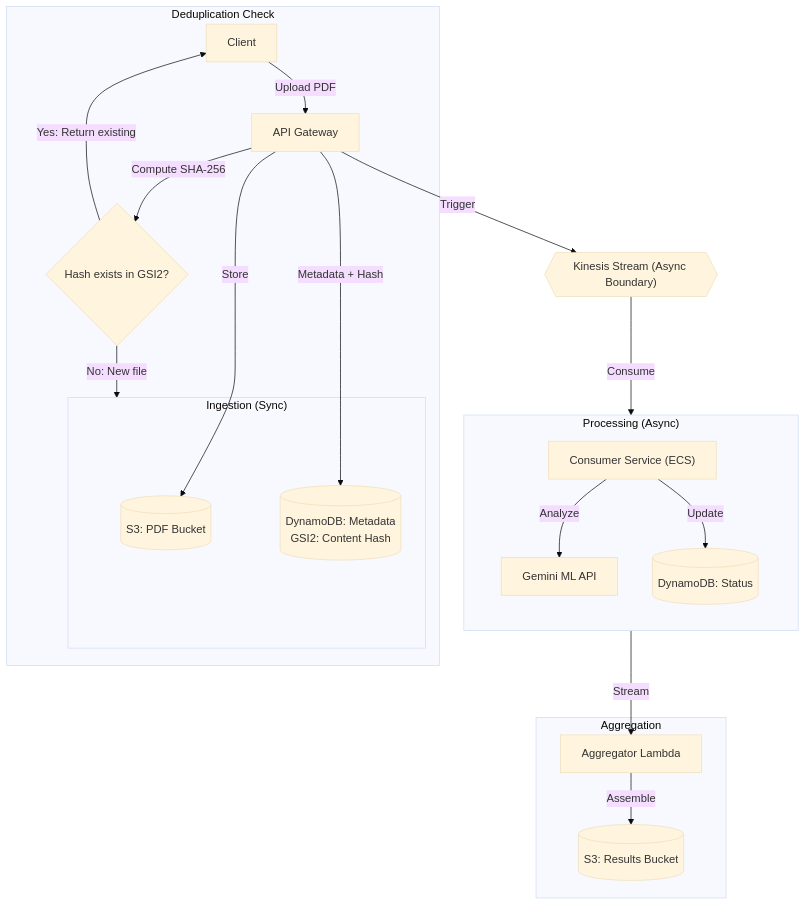
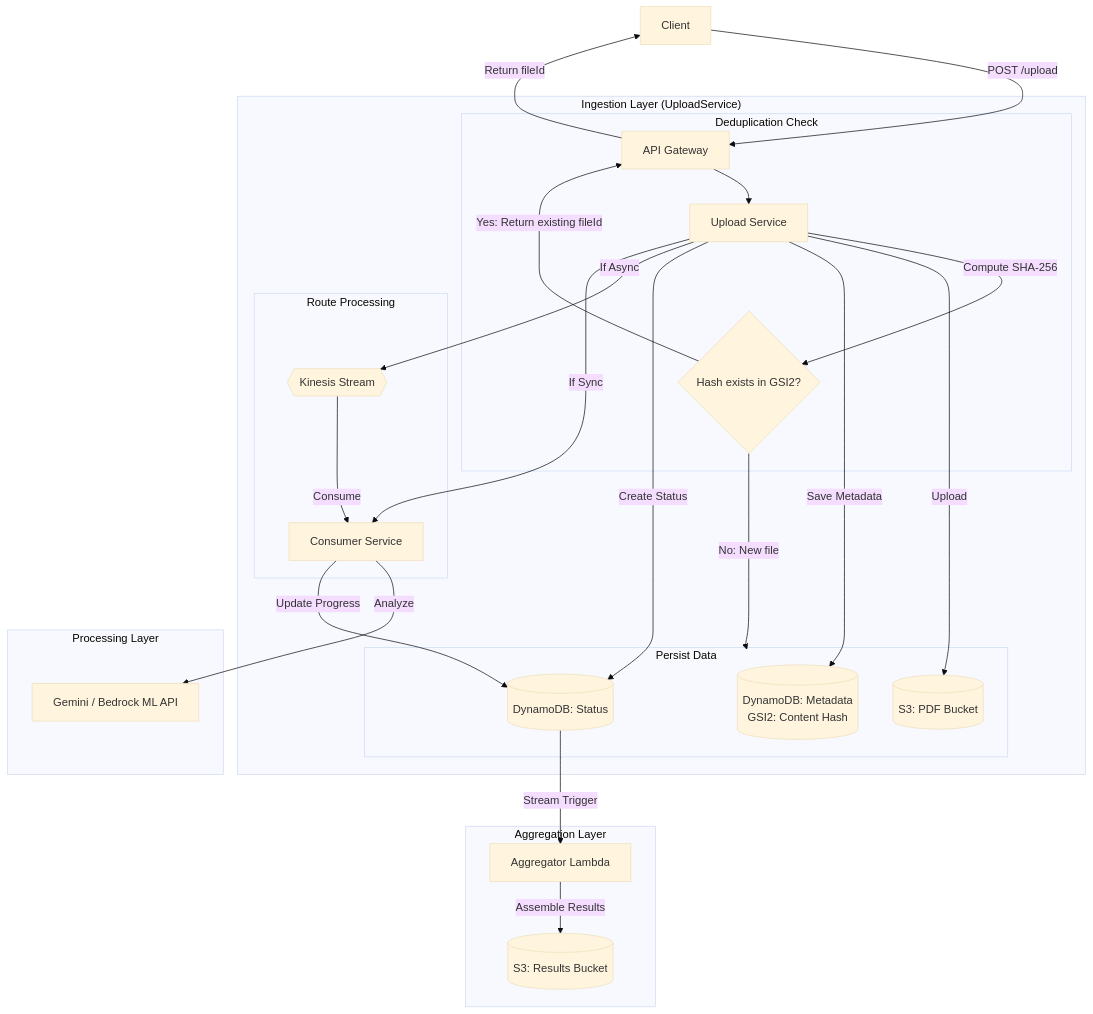
One commit to sphoortimirji5/Distributed-ML-Document-Orchestrator changed the diagram in README.md. Above: the diagram before and after it, drawn with Mermaid (base theme).

Commit message:
docs: update architecture diagram to show UploadService layer
- Add UploadService as central component in Ingestion Layer
- Show deduplication check within UploadService
- Separate StoreFlow (persist data) and RouteProcessing (async/sync)
- Show API returning fileId to client after processing
- Make flow clearer: Client -> API -> UploadService -> [Deduplication|Store|Route]
- Add Bedrock as alternative ML provider in diagram

````diff
--- a/README.md
+++ b/README.md
@@ -33,36 +33,39 @@
 ```mermaid
 flowchart TD
-    Client["Client"] -- "Upload PDF" --> API["API Gateway"]
+    Client["Client"] -- "POST /upload" --> API["API Gateway"]
     
-    subgraph Deduplication ["Deduplication Check"]
-        API -- "Compute SHA-256" --> HashCheck{"Hash exists in GSI2?"}
-        HashCheck -- "Yes: Return existing" --> Client
+    subgraph IngestionLayer ["Ingestion Layer (UploadService)"]
+        API --> UploadService["Upload Service"]
+        
+        subgraph Deduplication ["Deduplication Check"]
+            UploadService -- "Compute SHA-256" --> HashCheck{"Hash exists in GSI2?"}
+            HashCheck -- "Yes: Return existing fileId" --> API
+        end
+        
         HashCheck -- "No: New file" --> StoreFlow
-    end
-    
-    subgraph StoreFlow ["Ingestion (Sync)"]
-        API -- "Store" --> S3_PDF[("S3: PDF Bucket")]
-        API -- "Metadata + Hash" --> DDB_Meta[("DynamoDB: Metadata<br/>GSI2: Content Hash")]
+        
+        subgraph StoreFlow ["Persist Data"]
+            UploadService -- "Upload" --> S3_PDF[("S3: PDF Bucket")]
+            UploadService -- "Save Metadata" --> DDB_Meta[("DynamoDB: Metadata<br/>GSI2: Content Hash")]
+            UploadService -- "Create Status" --> DDB_Status[("DynamoDB: Status")]
+        end
+        
+        subgraph RouteProcessing ["Route Processing"]
+            UploadService -- "If Async" --> Kinesis{{"Kinesis Stream"}}
+            UploadService -- "If Sync" --> Consumer["Consumer Service"]
+        end
     end
 
-    API -- "Trigger" --> Kinesis{{"Kinesis Stream (Async Boundary)"}}
-
-    subgraph Processing ["Processing (Async)"]
-        direction TB
-        Consumer["Consumer Service (ECS)"]
-        Gemini["Gemini ML API"]
-        DDB_Status[("DynamoDB: Status")]
+    subgraph ProcessingLayer ["Processing Layer"]
+        Kinesis -- "Consume" --> Consumer
+        Consumer -- "Analyze" --> Gemini["Gemini / Bedrock ML API"]
+        Consumer -- "Update Progress" --> DDB_Status
     end
 
-    Kinesis -- "Consume" --> Consumer
-    Consumer -- "Analyze" --> Gemini
-    Consumer -- "Update" --> DDB_Status
-
-    subgraph Aggregation ["Aggregation"]
-        Aggregator["Aggregator Lambda"]
-        S3_Results[("S3: Results Bucket")]
+    subgraph AggregationLayer ["Aggregation Layer"]
+        DDB_Status -- "Stream Trigger" --> Aggregator["Aggregator Lambda"]
+        Aggregator -- "Assemble Results" --> S3_Results[("S3: Results Bucket")]
     end
 
-    DDB_Status -- "Stream" --> Aggregator
-    Aggregator -- "Assemble" --> S3_Results
+    API -- "Return fileId" --> Client
 ```
````
